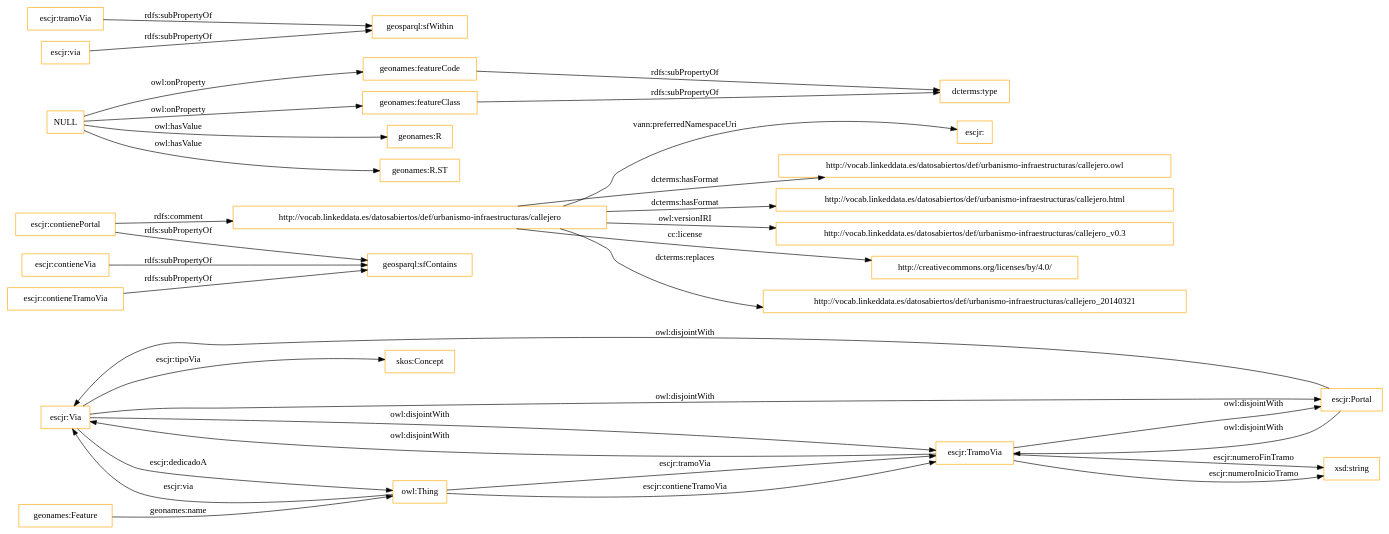
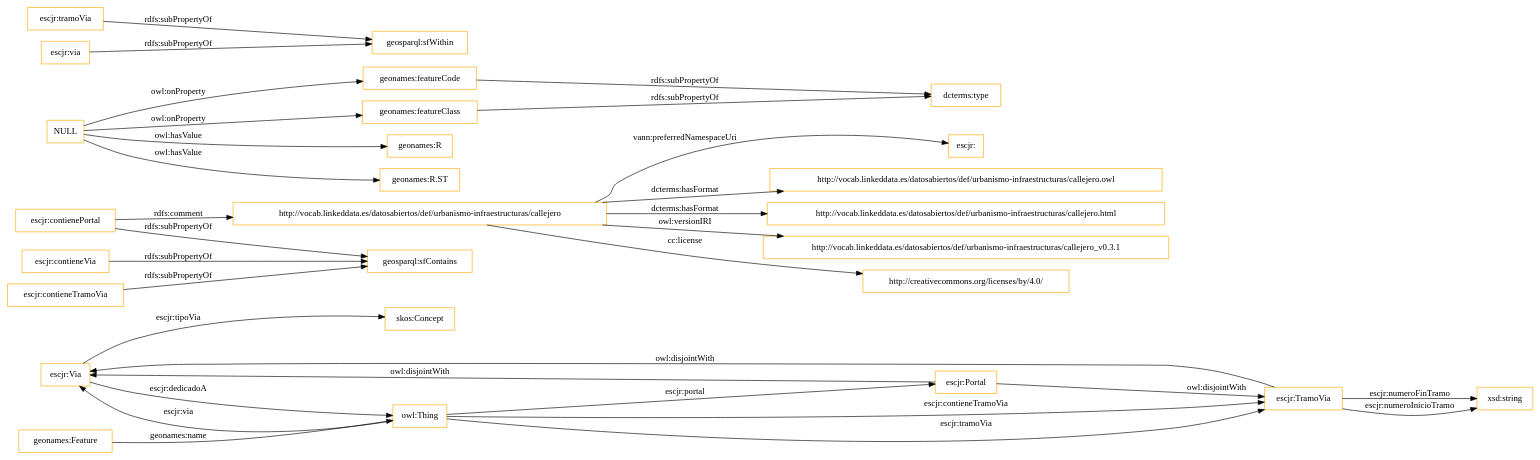
The diagram in OnToology/callejero.owl/diagrams/ar2dtool-class/callejero.owl.png.dot (opencitydata/urbanismo-infraestructuras-callejero), drawn with Graphviz before and after one commit. The commit also changed 12 other files, not shown here.

```diff
--- a/OnToology/callejero.owl/diagrams/ar2dtool-class/callejero.owl.png.dot
+++ b/OnToology/callejero.owl/diagrams/ar2dtool-class/callejero.owl.png.dot
@@ -1,38 +1,35 @@
 digraph ar2dtool_diagram { 
 rankdir=LR;
 size="1501"
 node [shape = rectangle, color="orange"]; "skos:Concept" "geonames:Feature" "escjr:Via" "escjr:TramoVia" "escjr:Portal" ; /*classes style*/
+	"escjr:contienePortal" -> "http://vocab.linkeddata.es/datosabiertos/def/urbanismo-infraestructuras/callejero" [ label = "rdfs:comment" ];
 	"escjr:contienePortal" -> "geosparql:sfContains" [ label = "rdfs:subPropertyOf" ];
-	"escjr:contienePortal" -> "http://vocab.linkeddata.es/datosabiertos/def/urbanismo-infraestructuras/callejero" [ label = "rdfs:comment" ];
 	"http://vocab.linkeddata.es/datosabiertos/def/urbanismo-infraestructuras/callejero" -> "escjr:" [ label = "vann:preferredNamespaceUri" ];
 	"http://vocab.linkeddata.es/datosabiertos/def/urbanismo-infraestructuras/callejero" -> "http://vocab.linkeddata.es/datosabiertos/def/urbanismo-infraestructuras/callejero.owl" [ label = "dcterms:hasFormat" ];
 	"http://vocab.linkeddata.es/datosabiertos/def/urbanismo-infraestructuras/callejero" -> "http://vocab.linkeddata.es/datosabiertos/def/urbanismo-infraestructuras/callejero.html" [ label = "dcterms:hasFormat" ];
-	"http://vocab.linkeddata.es/datosabiertos/def/urbanismo-infraestructuras/callejero" -> "http://vocab.linkeddata.es/datosabiertos/def/urbanismo-infraestructuras/callejero_v0.3" [ label = "owl:versionIRI" ];
+	"http://vocab.linkeddata.es/datosabiertos/def/urbanismo-infraestructuras/callejero" -> "http://vocab.linkeddata.es/datosabiertos/def/urbanismo-infraestructuras/callejero_v0.3.1" [ label = "owl:versionIRI" ];
 	"http://vocab.linkeddata.es/datosabiertos/def/urbanismo-infraestructuras/callejero" -> "http://creativecommons.org/licenses/by/4.0/" [ label = "cc:license" ];
-	"http://vocab.linkeddata.es/datosabiertos/def/urbanismo-infraestructuras/callejero" -> "http://vocab.linkeddata.es/datosabiertos/def/urbanismo-infraestructuras/callejero_20140321" [ label = "dcterms:replaces" ];
 	"escjr:Portal" -> "escjr:Via" [ label = "owl:disjointWith" ];
 	"escjr:Portal" -> "escjr:TramoVia" [ label = "owl:disjointWith" ];
 	"escjr:TramoVia" -> "escjr:Via" [ label = "owl:disjointWith" ];
-	"escjr:TramoVia" -> "escjr:Portal" [ label = "owl:disjointWith" ];
 	"geonames:featureCode" -> "dcterms:type" [ label = "rdfs:subPropertyOf" ];
 	"escjr:contieneVia" -> "geosparql:sfContains" [ label = "rdfs:subPropertyOf" ];
 	"geonames:featureClass" -> "dcterms:type" [ label = "rdfs:subPropertyOf" ];
-	"escjr:Via" -> "escjr:Portal" [ label = "owl:disjointWith" ];
-	"escjr:Via" -> "escjr:TramoVia" [ label = "owl:disjointWith" ];
 	"escjr:tramoVia" -> "geosparql:sfWithin" [ label = "rdfs:subPropertyOf" ];
 	"escjr:via" -> "geosparql:sfWithin" [ label = "rdfs:subPropertyOf" ];
 	"escjr:contieneTramoVia" -> "geosparql:sfContains" [ label = "rdfs:subPropertyOf" ];
 	"NULL" -> "geonames:R" [ label = "owl:hasValue" ];
 	"NULL" -> "geonames:featureClass" [ label = "owl:onProperty" ];
 	"NULL" -> "geonames:R.ST" [ label = "owl:hasValue" ];
 	"NULL" -> "geonames:featureCode" [ label = "owl:onProperty" ];
 	"escjr:TramoVia" -> "xsd:string" [ label = "escjr:numeroFinTramo" ];
 	"owl:Thing" -> "escjr:TramoVia" [ label = "escjr:contieneTramoVia" ];
 	"escjr:TramoVia" -> "xsd:string" [ label = "escjr:numeroInicioTramo" ];
 	"geonames:Feature" -> "owl:Thing" [ label = "geonames:name" ];
 	"escjr:Via" -> "skos:Concept" [ label = "escjr:tipoVia" ];
 	"owl:Thing" -> "escjr:Via" [ label = "escjr:via" ];
+	"owl:Thing" -> "escjr:Portal" [ label = "escjr:portal" ];
 	"owl:Thing" -> "escjr:TramoVia" [ label = "escjr:tramoVia" ];
 	"escjr:Via" -> "owl:Thing" [ label = "escjr:dedicadoA" ];
 
 }
```
